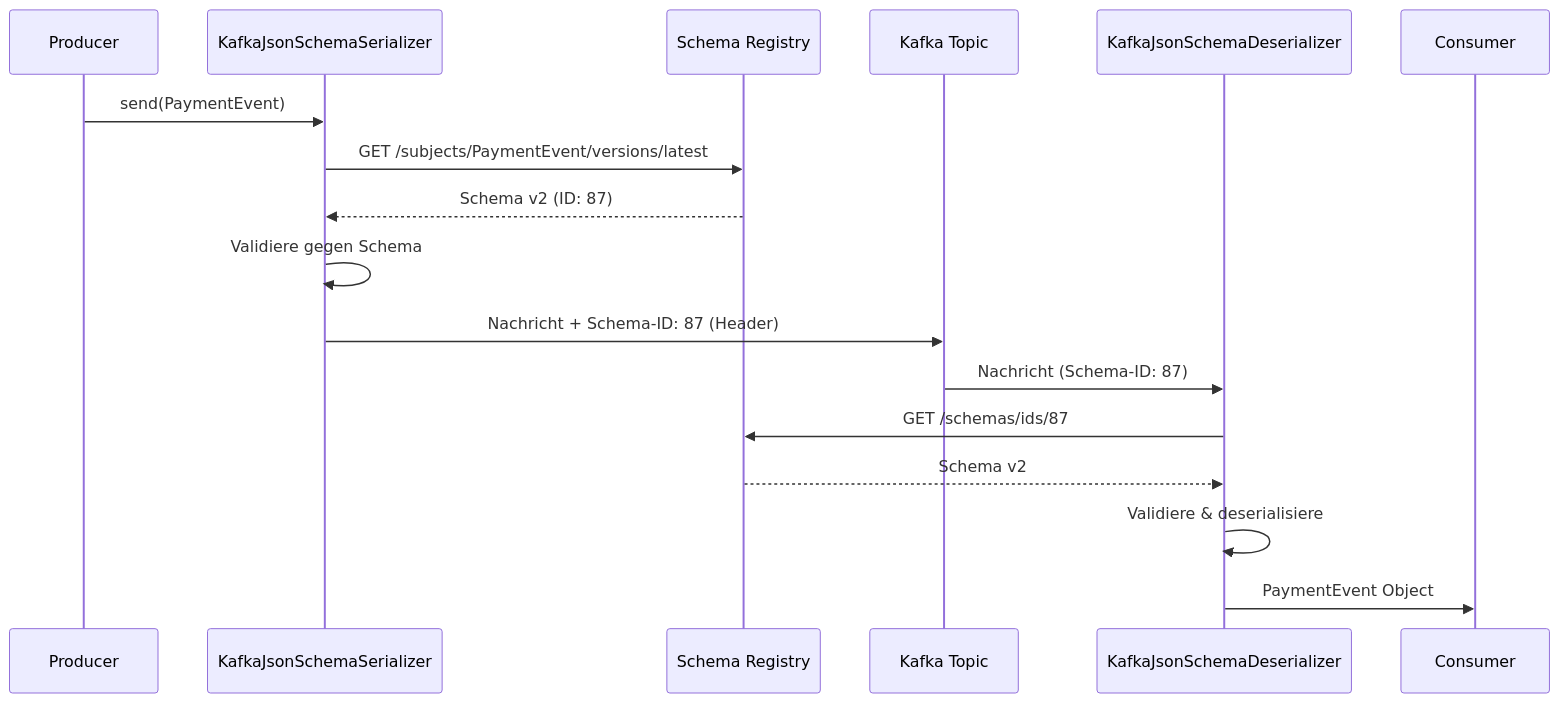
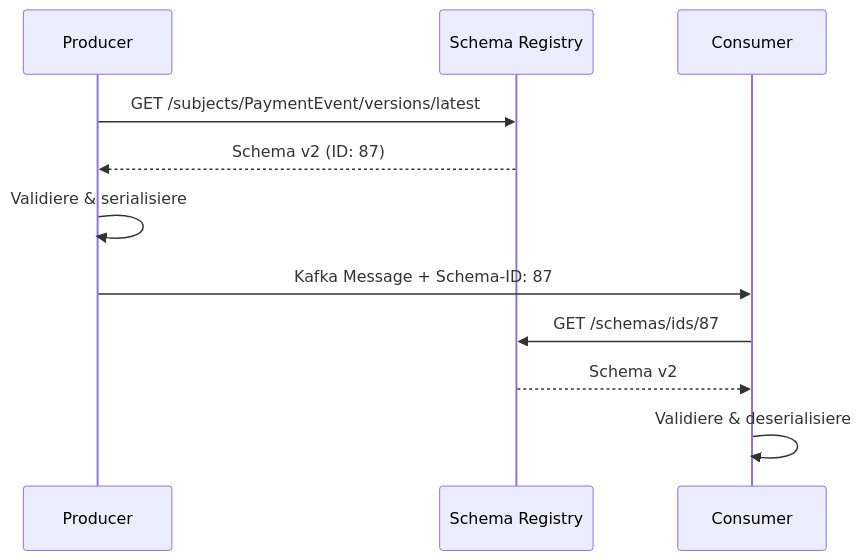
One commit to kayroone/jwiegmann.de changed the diagram in content/blog/confluent-schema-registry.md. Above: the diagram before and after it, drawn with Mermaid. The commit also changed other lines of this file and 5 other files, not shown here.

Commit message:
Neuer Artikel: Schema-Registry / Bug fixes

````diff
--- a/content/blog/confluent-schema-registry.md
+++ b/content/blog/confluent-schema-registry.md
@@ -251,21 +251,15 @@
 ```mermaid
 sequenceDiagram
     participant Producer
-    participant Serializer as KafkaJsonSchemaSerializer
     participant Registry as Schema Registry
-    participant Kafka as Kafka Topic
-    participant Deserializer as KafkaJsonSchemaDeserializer
     participant Consumer
 
-    Producer->>Serializer: send(PaymentEvent)
-    Serializer->>Registry: GET /subjects/PaymentEvent/versions/latest
-    Registry-->>Serializer: Schema v2 (ID: 87)
-    Serializer->>Serializer: Validiere gegen Schema
-    Serializer->>Kafka: Nachricht + Schema-ID: 87 (Header)
+    Producer->>Registry: GET /subjects/PaymentEvent/versions/latest
+    Registry-->>Producer: Schema v2 (ID: 87)
+    Producer->>Producer: Validiere & serialisiere
+    Producer->>Consumer: Kafka Message + Schema-ID: 87
 
-    Kafka->>Deserializer: Nachricht (Schema-ID: 87)
-    Deserializer->>Registry: GET /schemas/ids/87
-    Registry-->>Deserializer: Schema v2
-    Deserializer->>Deserializer: Validiere & deserialisiere
-    Deserializer->>Consumer: PaymentEvent Object
+    Consumer->>Registry: GET /schemas/ids/87
+    Registry-->>Consumer: Schema v2
+    Consumer->>Consumer: Validiere & deserialisiere
 ```
````
